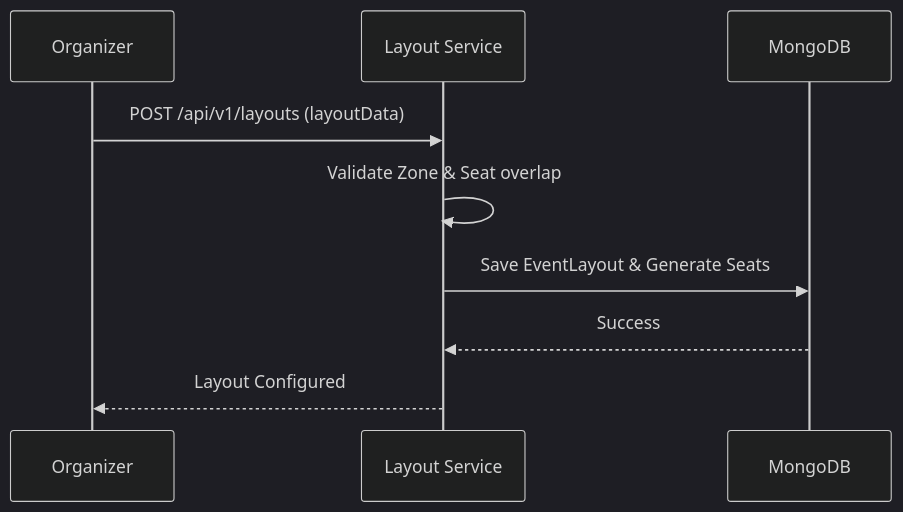
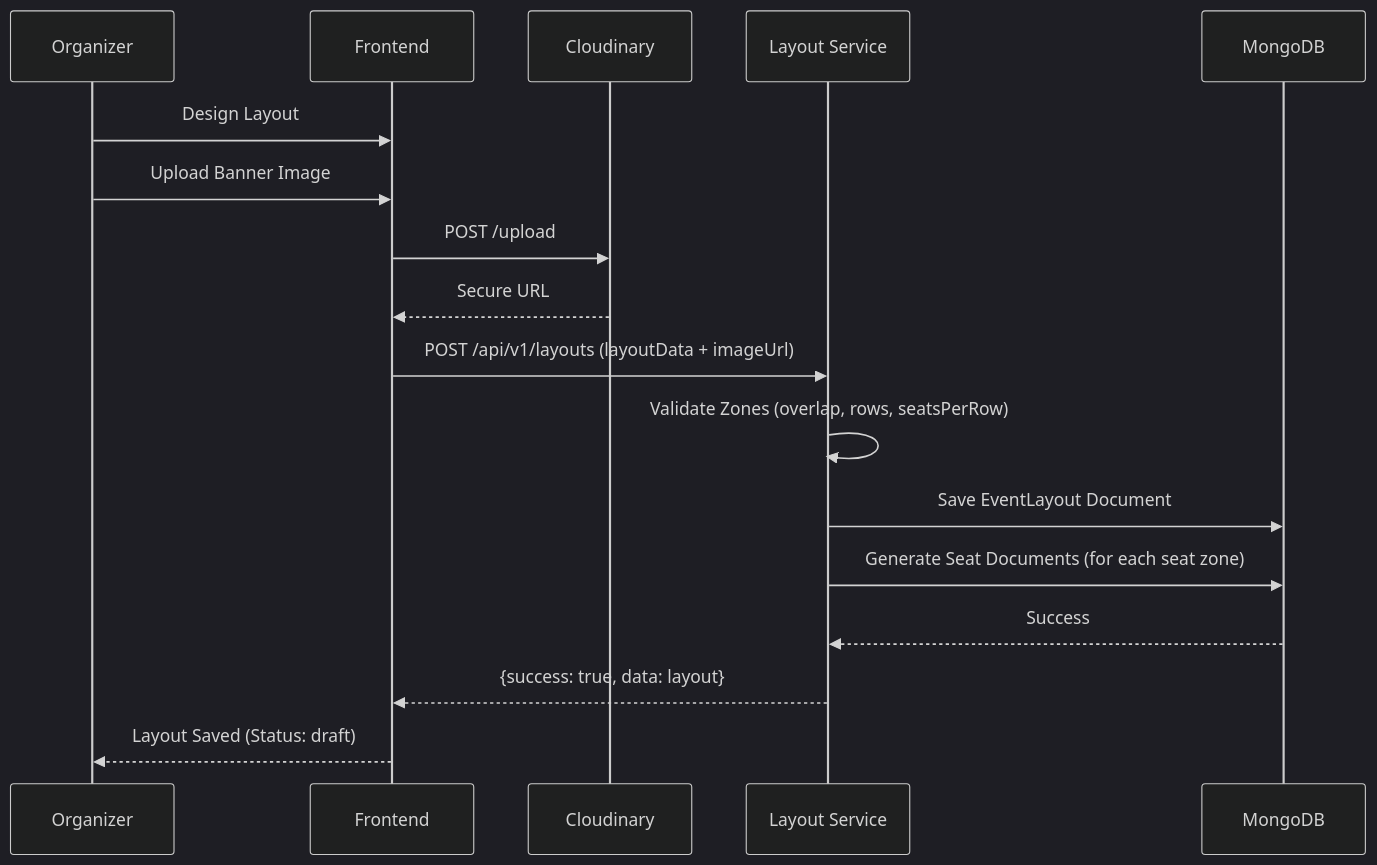
The second of 52 diagrams in doc/UML/Phuc_AdminAnalytics.md (SDN-Group5/Event-Ticketing-Platform), drawn with Mermaid (dark theme) before and after one commit. The commit also changed other lines of this file and 3 other files, not shown here.

````diff
--- a/doc/UML/Phuc_AdminAnalytics.md
+++ b/doc/UML/Phuc_AdminAnalytics.md
@@ -21,11 +26,20 @@
 ```mermaid
 sequenceDiagram
     participant O as Organizer
-    participant L as Layout Service
+    participant FE as Frontend
+    participant Cloud as Cloudinary
+    participant LS as Layout Service
     participant DB as MongoDB
-    O->>L: POST /api/v1/layouts (layoutData)
-    L->>L: Validate Zone & Seat overlap
-    L->>DB: Save EventLayout & Generate Seats
-    DB-->>L: Success
-    L-->>O: Layout Configured
+    
+    O->>FE: Design Layout
+    O->>FE: Upload Banner Image
+    FE->>Cloud: POST /upload
+    Cloud-->>FE: Secure URL
+    FE->>LS: POST /api/v1/layouts (layoutData + imageUrl)
+    LS->>LS: Validate Zones (overlap, rows, seatsPerRow)
+    LS->>DB: Save EventLayout Document
+    LS->>DB: Generate Seat Documents (for each seat zone)
+    DB-->>LS: Success
+    LS-->>FE: {success: true, data: layout}
+    FE-->>O: Layout Saved (Status: draft)
 ```
````
